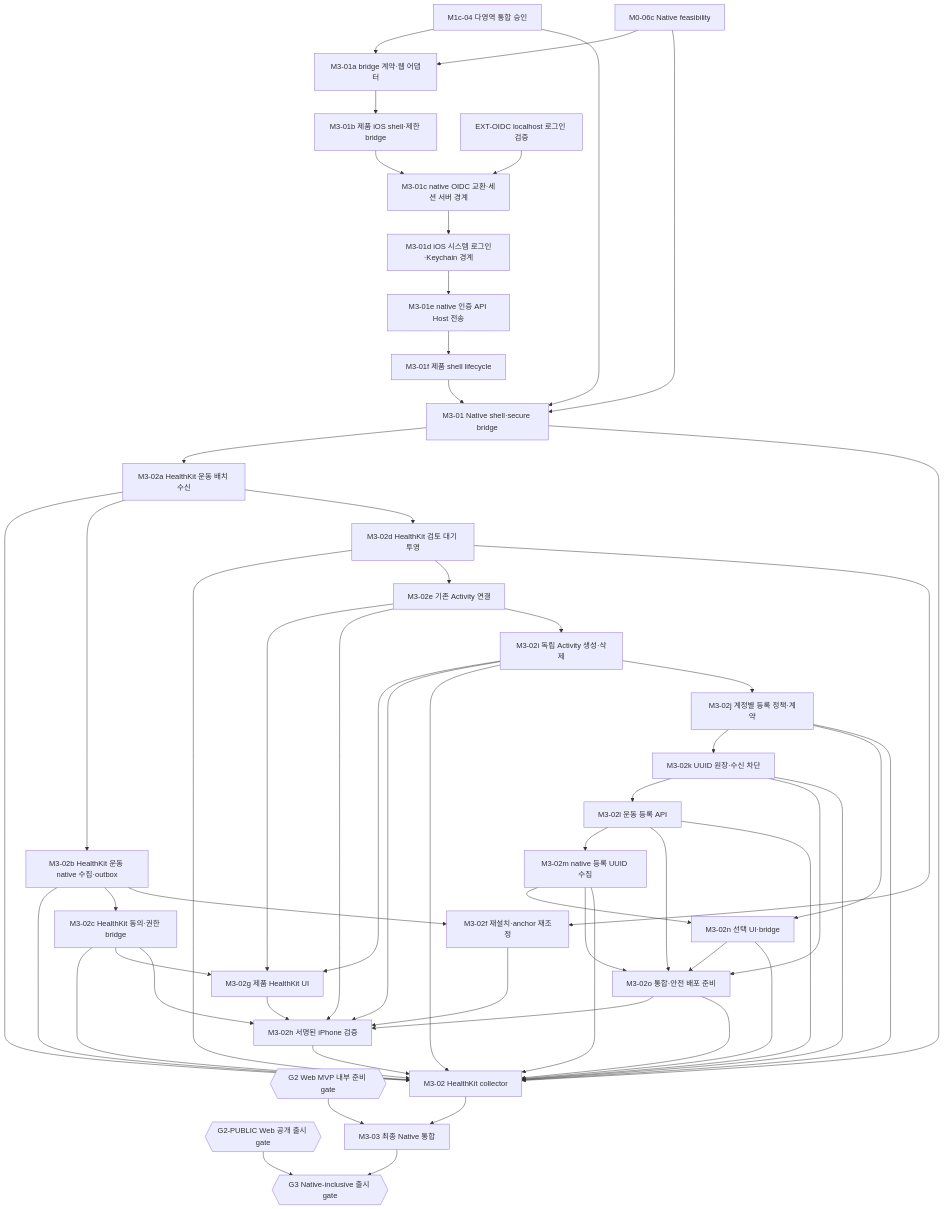
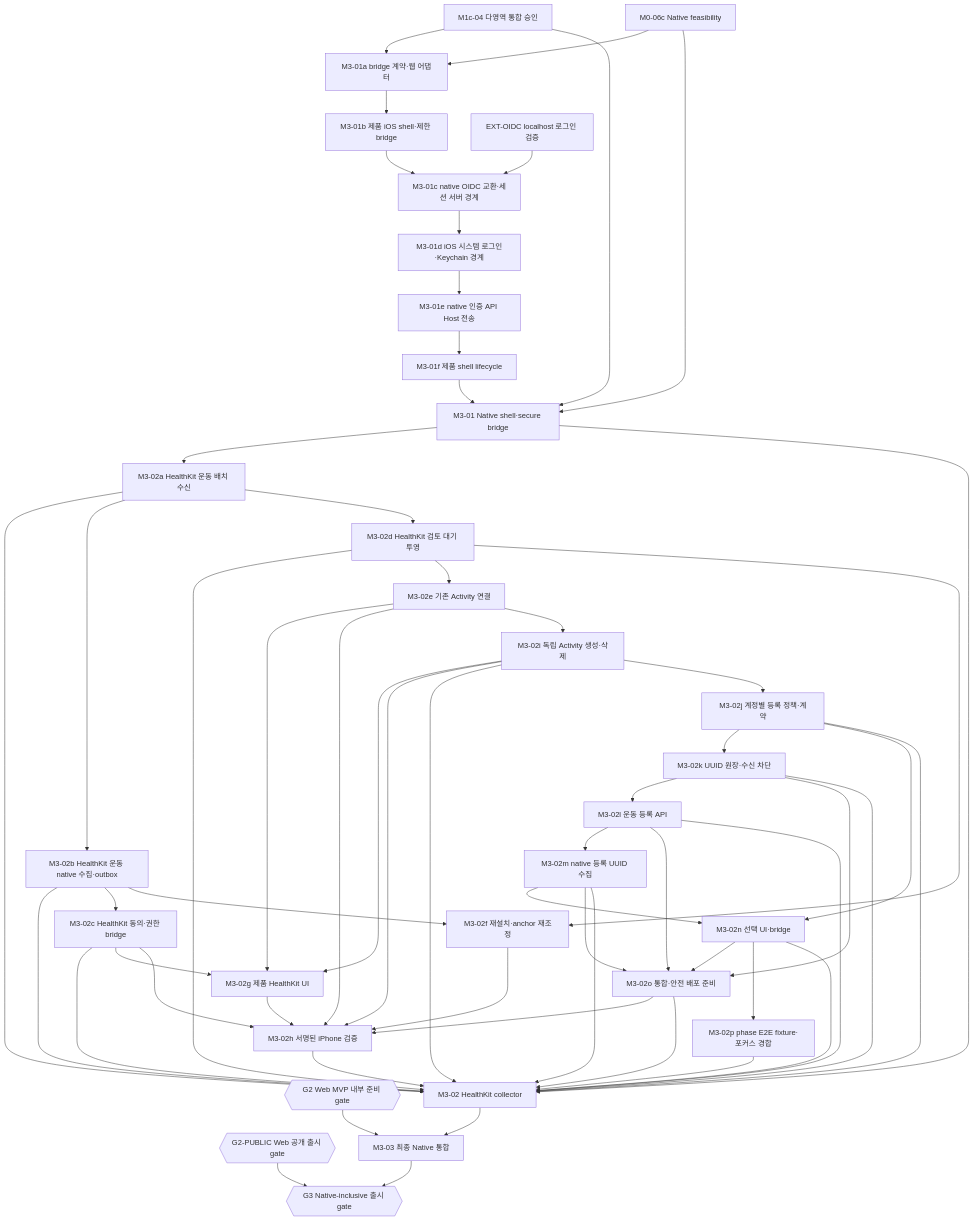
One commit to peacecheejecake/workout-manager changed the fourth of 4 diagrams in docs/implementation/task-graph.md. Above: the diagram before and after it, drawn with Mermaid. The commit also changed other lines of this file and 5 other files, not shown here.

```diff
--- a/docs/implementation/task-graph.md
+++ b/docs/implementation/task-graph.md
@@ -569,6 +569,7 @@
     task35m["M3-02m native 등록 UUID 수집"]
     task35n["M3-02n 선택 UI·bridge"]
     task35o["M3-02o 통합·안전 배포 준비"]
+    task35p["M3-02p phase E2E fixture·포커스 경합"]
     task35["M3-02 HealthKit collector"]
     task36["M3-03 최종 Native 통합"]
     task37{{"G3 Native-inclusive 출시 gate"}}
@@ -608,6 +609,7 @@
     task35l --> task35o
     task35m --> task35o
     task35n --> task35o
+    task35n --> task35p
     task35o --> task35h
     task35j --> task35
     task35k --> task35
@@ -615,6 +617,7 @@
     task35m --> task35
     task35n --> task35
     task35o --> task35
+    task35p --> task35
     task35b --> task35f
     task35d --> task35f
     task35f --> task35h
```
